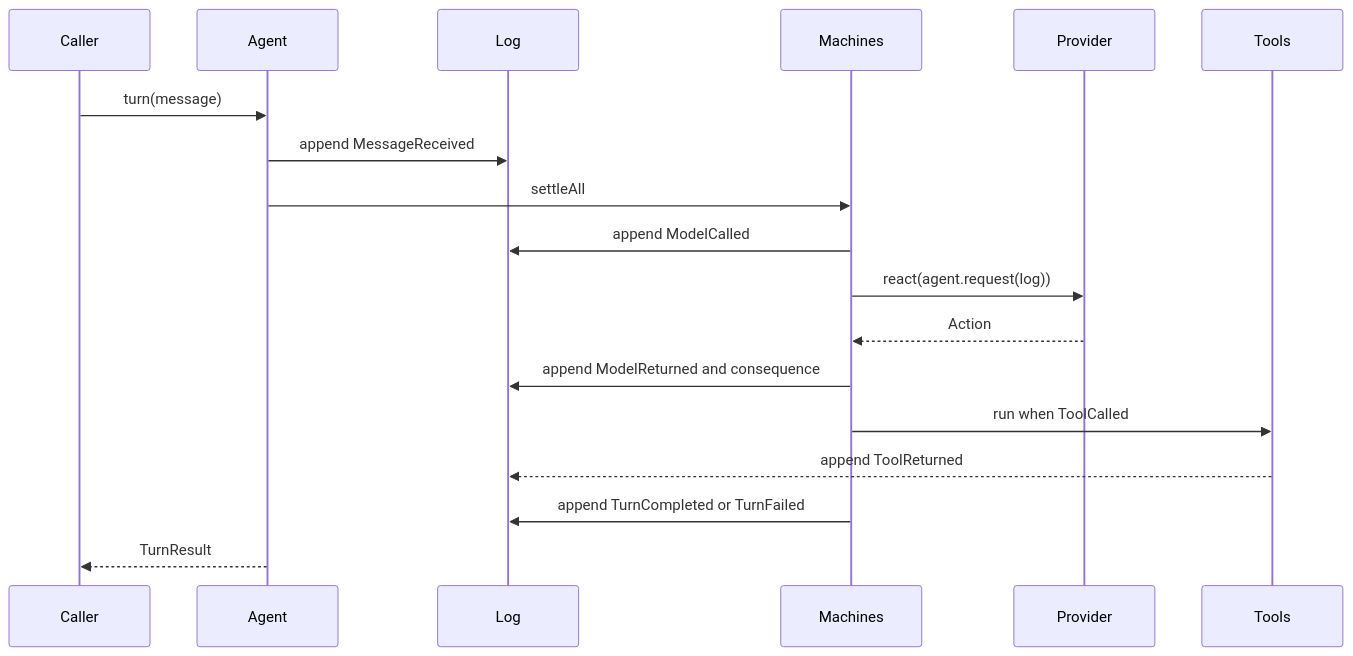
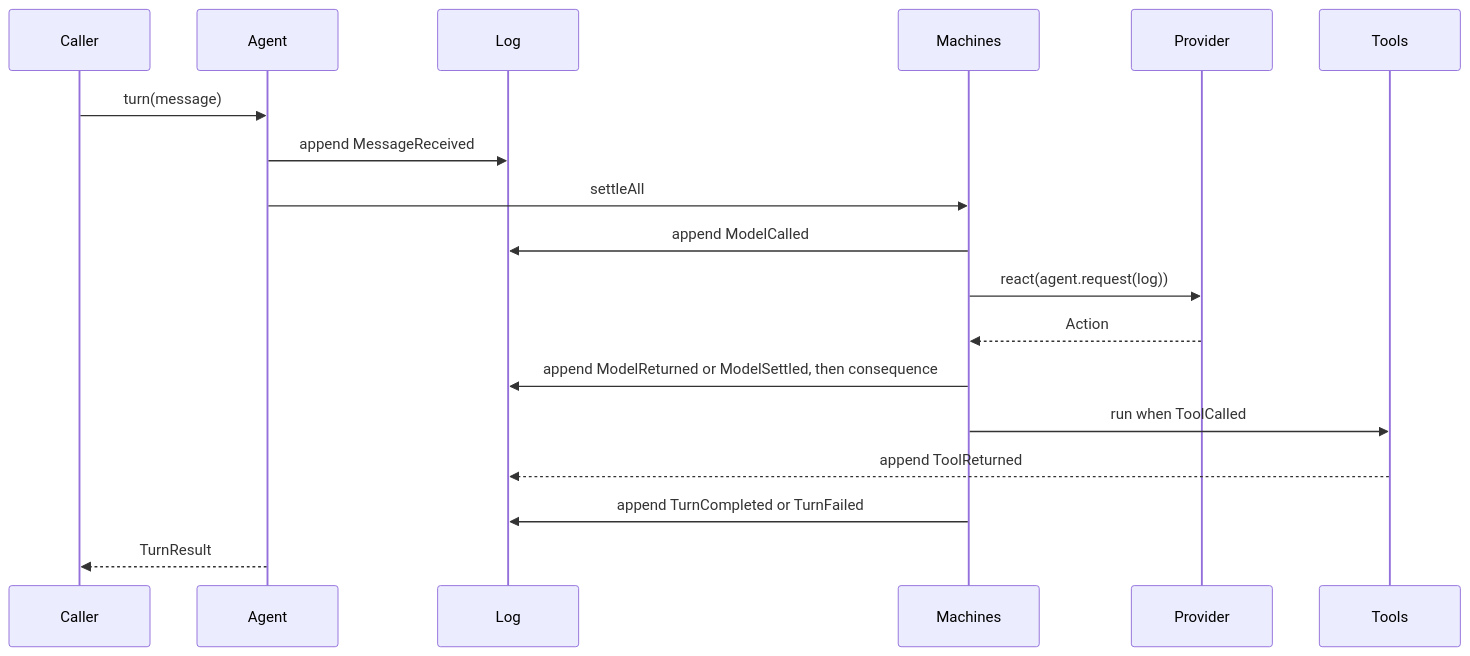
Before and after one commit to clavia-labs/tardigrade: the second of 2 diagrams in docs/architecture.md, drawn with Mermaid. The commit also changed other lines of this file and 26 other files, not shown here.

First line of the commit message:
feat: reserve model spend on the log and project per-request options

````diff
--- a/docs/architecture.md
+++ b/docs/architecture.md
@@ -20,21 +20,21 @@
 ```mermaid
 sequenceDiagram
   participant Caller
   participant Agent
   participant Log
   participant Machines
   participant Provider
   participant Tools
 
   Caller->>Agent: turn(message)
   Agent->>Log: append MessageReceived
   Agent->>Machines: settleAll
   Machines->>Log: append ModelCalled
   Machines->>Provider: react(agent.request(log))
   Provider-->>Machines: Action
-  Machines->>Log: append ModelReturned and consequence
+  Machines->>Log: append ModelReturned or ModelSettled, then consequence
   Machines->>Tools: run when ToolCalled
   Tools-->>Log: append ToolReturned
   Machines->>Log: append TurnCompleted or TurnFailed
   Agent-->>Caller: TurnResult
 ```
````
